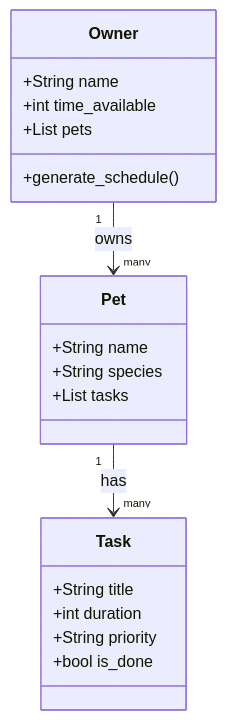
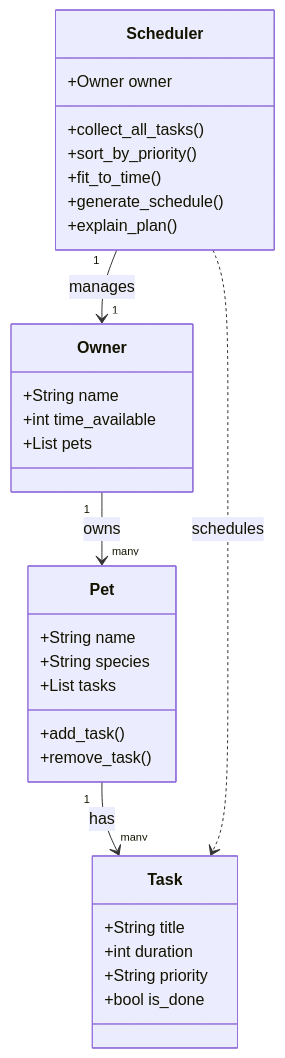
Before and after one commit to abigailere/ai110-pawpal: the diagram in classes.mmd, drawn with Mermaid. The commit also changed 3 other files, not shown here.

```diff
--- a/classes.mmd
+++ b/classes.mmd
@@ -1,23 +1,35 @@
 classDiagram
     class Owner {
         +String name
         +int time_available
         +List pets
-        +generate_schedule()
     }
 
     class Pet {
         +String name
         +String species
         +List tasks
+        +add_task()
+        +remove_task()
     }
 
     class Task {
         +String title
         +int duration
         +String priority
         +bool is_done
     }
 
+    class Scheduler {
+        +Owner owner
+        +collect_all_tasks()
+        +sort_by_priority()
+        +fit_to_time()
+        +generate_schedule()
+        +explain_plan()
+    }
+
     Owner "1" --> "many" Pet : owns
     Pet "1" --> "many" Task : has
+    Scheduler "1" --> "1" Owner : manages
+    Scheduler ..> Task : schedules
```
